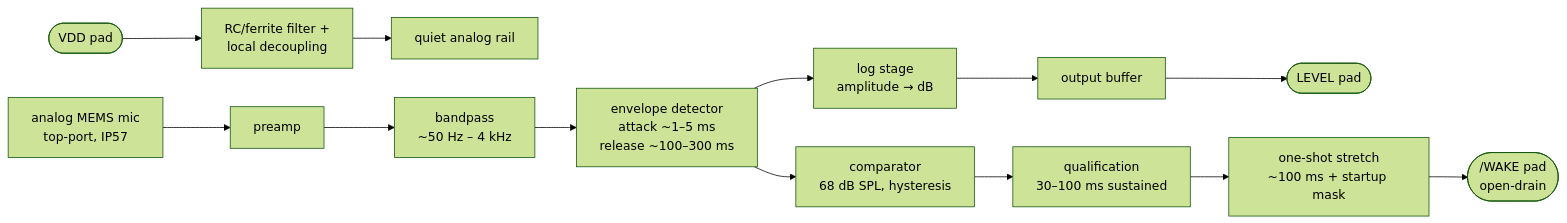
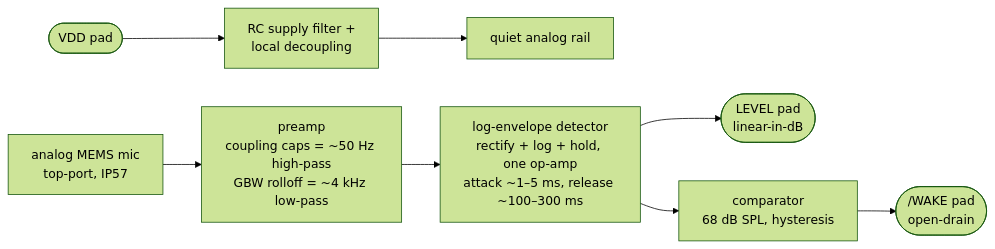
Before and after one commit to zackees/soundwake: the second of 6 diagrams in README.md, drawn with Mermaid (forest theme). The commit also changed other lines of this file, not shown here.

Commit message:
docs: apply cost-down pass, drop temp comp and timing hardware (#8)

````diff
--- a/README.md
+++ b/README.md
@@ -69,15 +70,10 @@
 ```mermaid
 flowchart LR
-    VDDPAD(["VDD pad"]) --> FLT["RC/ferrite filter +<br/>local decoupling"]
+    VDDPAD(["VDD pad"]) --> FLT["RC supply filter +<br/>local decoupling"]
     FLT --> RAIL["quiet analog rail"]
-    MIC["analog MEMS mic<br/>top-port, IP57"] --> AMP["preamp"]
-    AMP --> BPF["bandpass<br/>~50 Hz – 4 kHz"]
-    BPF --> ENV["envelope detector<br/>attack ~1–5 ms<br/>release ~100–300 ms"]
-    ENV --> LOG["log stage<br/>amplitude → dB"]
-    LOG --> BUF["output buffer"]
-    BUF --> LEVELPAD(["LEVEL pad"])
-    ENV --> CMP["comparator<br/>68 dB SPL, hysteresis"]
-    CMP --> QUAL["qualification<br/>30–100 ms sustained"]
-    QUAL --> OS["one-shot stretch<br/>~100 ms + startup mask"]
-    OS --> WAKEPAD(["/WAKE pad<br/>open-drain"])
+    MIC["analog MEMS mic<br/>top-port, IP57"] --> AMP["preamp<br/>coupling caps = ~50 Hz high-pass<br/>GBW rolloff = ~4 kHz low-pass"]
+    AMP --> LOGENV["log-envelope detector<br/>rectify + log + hold, one op-amp<br/>attack ~1–5 ms, release ~100–300 ms"]
+    LOGENV --> LEVELPAD(["LEVEL pad<br/>linear-in-dB"])
+    LOGENV --> CMP["comparator<br/>68 dB SPL, hysteresis"]
+    CMP --> WAKEPAD(["/WAKE pad<br/>open-drain"])
 ```
````
